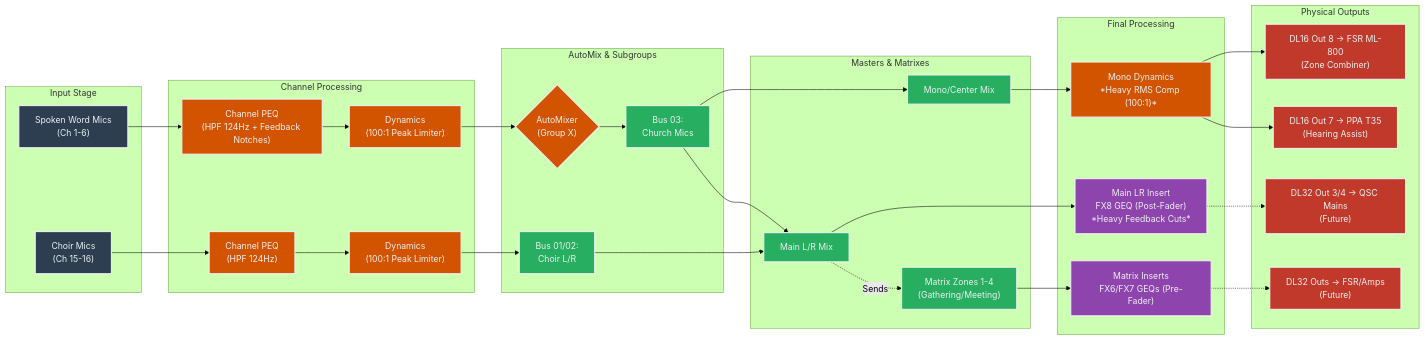
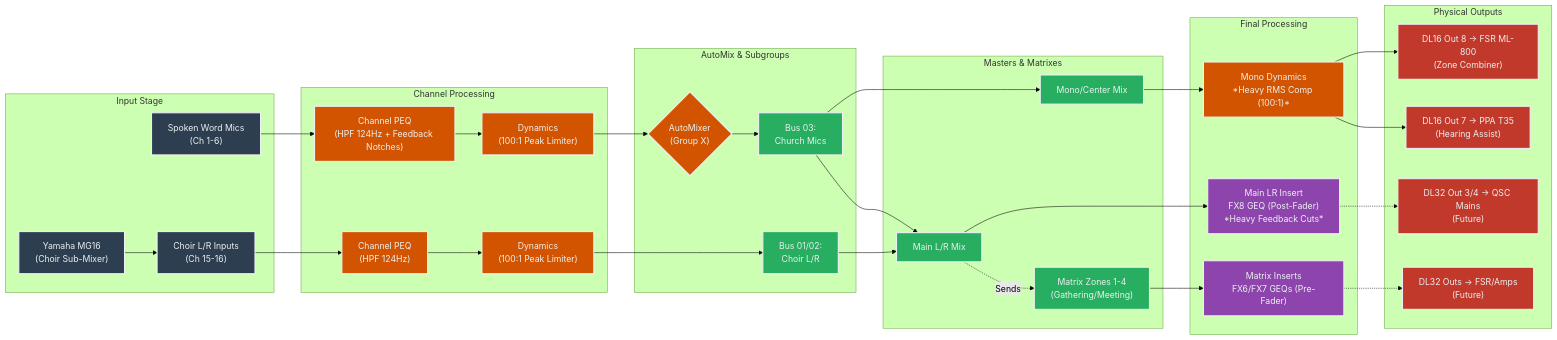
The diagram in config/CONFIGURING.md (annunlord/audio), drawn with Mermaid (forest theme) before and after one commit. The commit also changed other lines of this file, not shown here.

Commit message:
Update docs with yamaha name

```diff
--- a/config/CONFIGURING.md
+++ b/config/CONFIGURING.md
@@ -218,8 +219,11 @@
     %% -------------------
     subgraph Input Stage
         Mics["Spoken Word Mics\n(Ch 1-6)"]:::input
-        Choir["Choir Mics\n(Ch 15-16)"]:::input
+        Yama["Yamaha MG16\n(Choir Sub-Mixer)"]:::input
+        Choir["Choir L/R Inputs\n(Ch 15-16)"]:::input
     end
+    
+    Yama --> Choir
 
     %% -------------------
     %% Channel Processing
```
